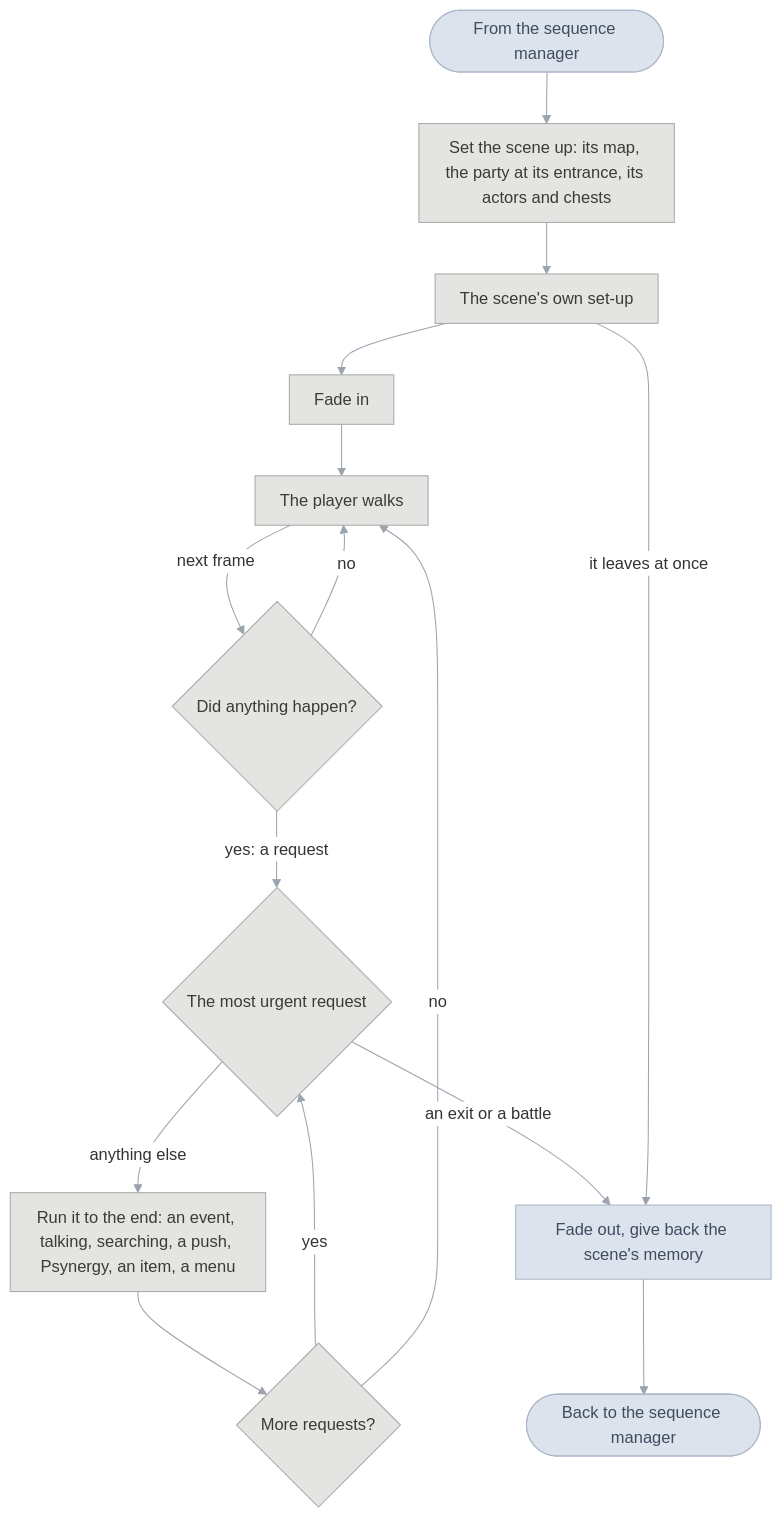
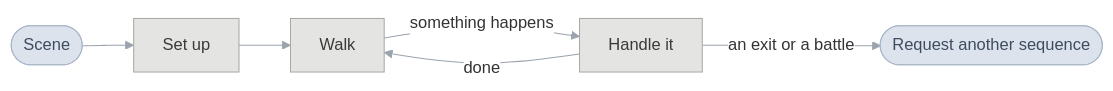
The second of 2 diagrams in games/tbs/README.md (PascalPixel/alchemy), drawn with Mermaid before and after one commit.

Commit message:
☀️ Front page: the scene manager chart is its loop alone
Set up, walk, handle what happens, and request another sequence; the
requests and their order stay in the table below it.

````diff
--- a/games/tbs/README.md
+++ b/games/tbs/README.md
@@ -74,22 +74,12 @@
 ```mermaid
-%%{init: {"theme": "base", "themeVariables": {"lineColor": "#9AA3AE", "edgeLabelBackground": "#FFFFFF"}, "flowchart": {"curve": "basis", "padding": 12}}}%%
-flowchart TD
-  start(["From the sequence manager"]) --> setup["Set the scene up: its map, the party at its entrance, its actors and chests"]
-  setup --> own["The scene's own set-up"]
-  own --> fade["Fade in"]
-  fade --> walk["The player walks"]
-  walk -->|"next frame"| check{"Did anything happen?"}
-  check -->|"no"| walk
-  check -->|"yes: a request"| pick{"The most urgent request"}
-  pick -->|"anything else"| run["Run it to the end: an event, talking, searching, a push, Psynergy, an item, a menu"]
-  run --> more{"More requests?"}
-  more -->|"yes"| pick
-  more -->|"no"| walk
-  pick -->|"an exit or a battle"| leave["Fade out, give back the scene's memory"]
-  own -->|"it leaves at once"| leave
-  leave --> done(["Back to the sequence manager"])
+%%{init: {"theme": "base", "themeVariables": {"lineColor": "#9AA3AE", "edgeLabelBackground": "#FFFFFF"}, "flowchart": {"curve": "basis", "padding": 14}}}%%
+flowchart LR
+  scene(["Scene"]) --> setup["Set up"] --> walk["Walk"]
+  walk -->|"something happens"| handle["Handle it"]
+  handle -->|"done"| walk
+  handle -->|"an exit or a battle"| next(["Request another sequence"])
   classDef flow fill:#DDE3EC,stroke:#A9B6C8,color:#3E4C60
   classDef field fill:#E4E4E2,stroke:#A8A8A4,color:#3A3A38
-  class start,done,leave flow
-  class setup,own,fade,walk,check,pick,run,more field
+  class scene,next flow
+  class setup,walk,handle field
 ```
````
